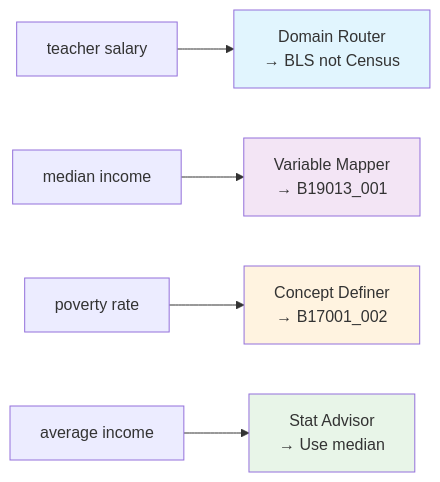
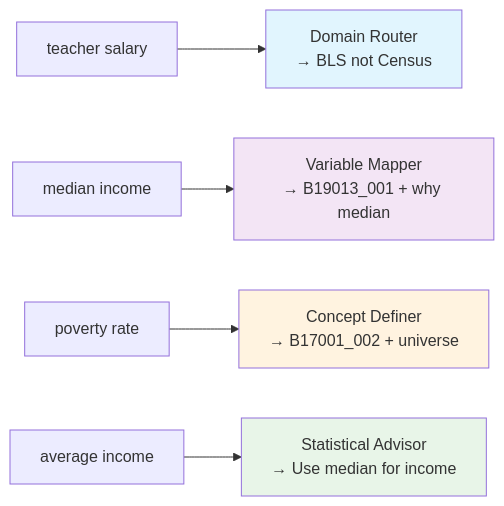
Before and after one commit to saikrmet/open-census-mcp-server: the third of 8 diagrams in enhanced_phase3_architecture.md, drawn with Mermaid. The commit also changed other lines of this file, not shown here.

````diff
--- a/enhanced_phase3_architecture.md
+++ b/enhanced_phase3_architecture.md
@@ -104,11 +353,12 @@
 ```mermaid
 graph LR
-    D1[teacher salary] --> DT1[Domain Router\n→ BLS not Census]
-    D2[median income]  --> DT2[Variable Mapper\n→ B19013_001]
-    D3[poverty rate]   --> DT3[Concept Definer\n→ B17001_002]
-    D4[average income] --> DT4[Stat Advisor\n→ Use median]
+    D1["teacher salary"] --> DT1[Domain Router<br/>→ BLS not Census]
+    D2["median income"] --> DT2[Variable Mapper<br/>→ B19013_001 + why median]
+    D3["poverty rate"] --> DT3[Concept Definer<br/>→ B17001_002 + universe]
+    D4["average income"] --> DT4[Statistical Advisor<br/>→ Use median for income]
+    
     style DT1 fill:#e1f5fe
-    style DT2 fill:#f3e5f5
+    style DT2 fill:#f3e5f5  
     style DT3 fill:#fff3e0
     style DT4 fill:#e8f5e8
 ```
````
